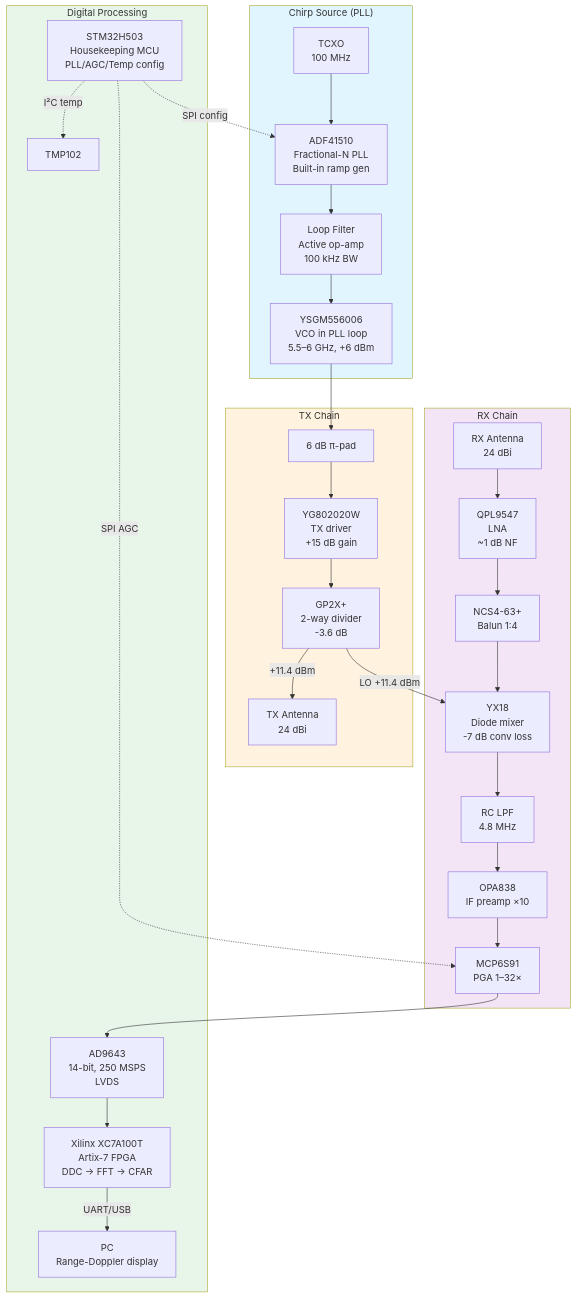
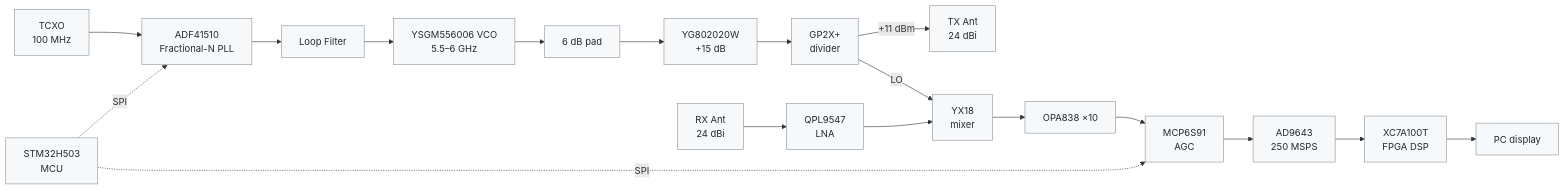
One commit to oliskcz/Lyrion-Radar changed the first of 3 diagrams in README.md. Above: the diagram before and after it, drawn with Mermaid. The commit also changed other lines of this file and 1 other file, not shown here.

Commit message:
Improve System Overview diagram: use subtle GitHub-style colors (f6f8fa), linear left-to-right flow, no subgraphs, cleaner labels

````diff
--- a/README.md
+++ b/README.md
@@ -73,50 +71,52 @@
 ```mermaid
-graph TB
-    subgraph CHIRP["Chirp Source (PLL)"]
-        TCXO["TCXO<br/>100 MHz"]
-        PLL["ADF41510<br/>Fractional-N PLL<br/>Built-in ramp gen"]
-        LPF["Loop Filter<br/>Active op-amp<br/>100 kHz BW"]
-        VCO["YSGM556006<br/>VCO in PLL loop<br/>5.5–6 GHz, +6 dBm"]
-        TCXO --> PLL
-        PLL --> LPF --> VCO
-    end
+graph LR
+    %% Chirp Source
+    TCXO[TCXO<br/>100 MHz]
+    PLL[ADF41510<br/>Fractional-N PLL]
+    LPF[Loop Filter]
+    VCO[YSGM556006 VCO<br/>5.5–6 GHz]
 
-    subgraph TX["TX Chain"]
-        PAD["6 dB π-pad"]
-        PA["YG802020W<br/>TX driver<br/>+15 dB gain"]
-        DIV["GP2X+<br/>2-way divider<br/>-3.6 dB"]
-        TXANT["TX Antenna<br/>24 dBi"]
-        VCO --> PAD --> PA --> DIV
-        DIV -->|"+11.4 dBm"| TXANT
-    end
+    %% TX Path
+    PAD[6 dB pad]
+    PA[YG802020W<br/>+15 dB]
+    DIV[GP2X+<br/>divider]
+    TXANT[TX Ant<br/>24 dBi]
 
-    subgraph RX["RX Chain"]
-        RXANT["RX Antenna<br/>24 dBi"]
-        LNA["QPL9547<br/>LNA<br/>~1 dB NF"]
-        BALUN1["NCS4-63+<br/>Balun 1:4"]
-        MIXER["YX18<br/>Diode mixer<br/>-7 dB conv loss"]
-        LPF2["RC LPF<br/>4.8 MHz"]
-        IFAMP["OPA838<br/>IF preamp ×10"]
-        AGC["MCP6S91<br/>PGA 1–32×"]
-        RXANT --> LNA --> BALUN1 --> MIXER
-        DIV -->|"LO +11.4 dBm"| MIXER
-        MIXER --> LPF2 --> IFAMP --> AGC
-    end
+    %% RX Path
+    RXANT[RX Ant<br/>24 dBi]
+    LNA[QPL9547<br/>LNA]
+    MIXER[YX18<br/>mixer]
+    IFAMP[OPA838 ×10]
+    AGC[MCP6S91<br/>AGC]
 
-    subgraph DSP["Digital Processing"]
-        ADC["AD9643<br/>14-bit, 250 MSPS<br/>LVDS"]
-        FPGA["Xilinx XC7A100T<br/>Artix-7 FPGA<br/>DDC → FFT → CFAR"]
-        MCU["STM32H503<br/>Housekeeping MCU<br/>PLL/AGC/Temp config"]
-        PC["PC<br/>Range-Doppler display"]
-        AGC --> ADC --> FPGA
-        FPGA -->|"UART/USB"| PC
-        MCU -.->|"SPI config"| PLL
-        MCU -.->|"SPI AGC"| AGC
-        MCU -.->|"I²C temp"| TMP102["TMP102"]
-    end
+    %% Digital
+    ADC[AD9643<br/>250 MSPS]
+    FPGA[XC7A100T<br/>FPGA DSP]
+    MCU[STM32H503<br/>MCU]
+    PC[PC display]
 
-    style CHIRP fill:#e1f5ff
-    style TX fill:#fff3e0
-    style RX fill:#f3e5f5
-    style DSP fill:#e8f5e9
+    %% Chirp Source flow
+    TCXO --> PLL --> LPF --> VCO
+
+    %% TX flow
+    VCO --> PAD --> PA --> DIV
+    DIV -->|+11 dBm| TXANT
+    DIV -->|LO| MIXER
+
+    %% RX flow
+    RXANT --> LNA --> MIXER
+    MIXER --> IFAMP --> AGC --> ADC --> FPGA --> PC
+
+    %% MCU control
+    MCU -. SPI .-> PLL
+    MCU -. SPI .-> AGC
+
+    %% Subtle styling
+    classDef chirp fill:#f6f8fa,stroke:#8b949e,color:#24292f
+    classDef rf fill:#f6f8fa,stroke:#8b949e,color:#24292f
+    classDef digital fill:#f6f8fa,stroke:#8b949e,color:#24292f
+
+    class TCXO,PLL,LPF,VCO chirp
+    class PAD,PA,DIV,TXANT,RXANT,LNA,MIXER,IFAMP,AGC rf
+    class ADC,FPGA,MCU,PC digital
 ```
````
